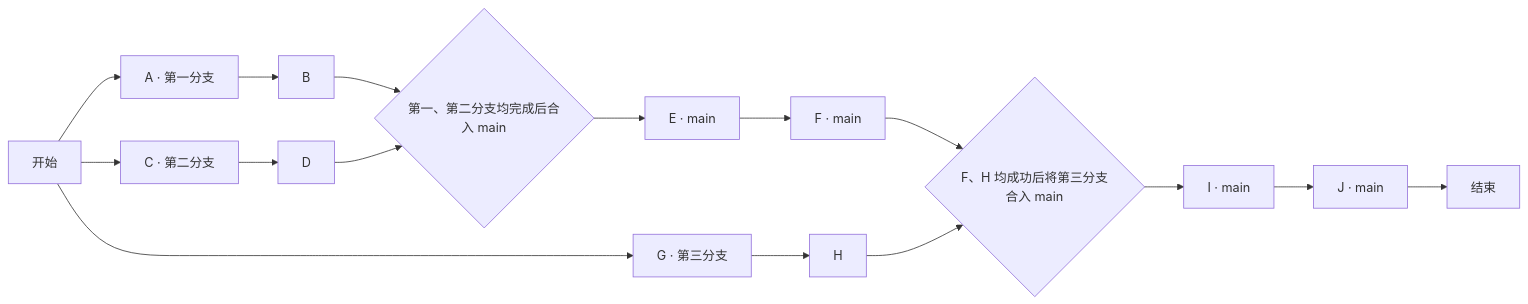
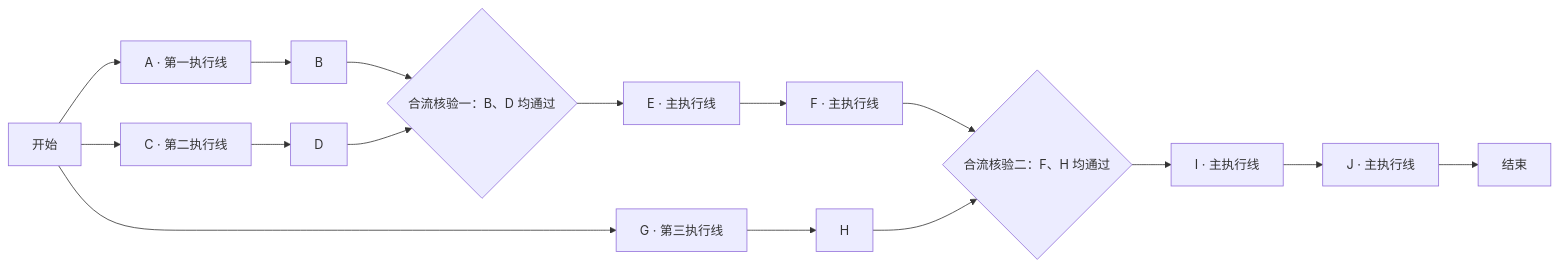
One commit to WuwuZhang0019/Codex-task-monitoring changed the diagram in docs/03_轻量路线工作台/03_测试样例/04_返回值测试方案03_十阶段四分支合流_2026-11-13.md. Above: the diagram before and after it, drawn with Mermaid. The commit also changed other lines of this file, not shown here.

````diff
--- a/docs/03_轻量路线工作台/03_测试样例/04_返回值测试方案03_十阶段四分支合流_2026-11-13.md
+++ b/docs/03_轻量路线工作台/03_测试样例/04_返回值测试方案03_十阶段四分支合流_2026-11-13.md
@@ -55,18 +57,18 @@
 ```mermaid
 flowchart LR
-    Start[开始] --> A[A · 第一分支]
+    Start[开始] --> A[A · 第一执行线]
     A --> B[B]
-    Start --> C[C · 第二分支]
+    Start --> C[C · 第二执行线]
     C --> D[D]
-    B --> M1{第一、第二分支均完成后合入 main}
+    B --> M1{合流核验一：B、D 均通过}
     D --> M1
-    M1 --> E[E · main]
-    E --> F[F · main]
-    Start --> G[G · 第三分支]
+    M1 --> E[E · 主执行线]
+    E --> F[F · 主执行线]
+    Start --> G[G · 第三执行线]
     G --> H[H]
-    F --> M2{F、H 均成功后将第三分支合入 main}
+    F --> M2{合流核验二：F、H 均通过}
     H --> M2
-    M2 --> I[I · main]
-    I --> J[J · main]
+    M2 --> I[I · 主执行线]
+    I --> J[J · 主执行线]
     J --> End[结束]
 ```
````
